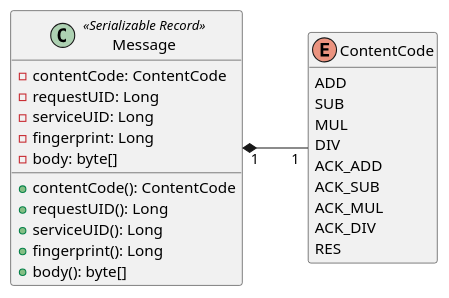
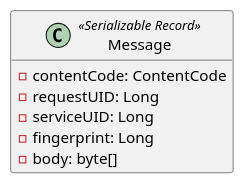
The diagram in docs/plantuml/message.puml (brunocu/adsoa-calculator), drawn with PlantUML before and after one commit. The commit also changed 3 other files, not shown here.

```diff
--- a/docs/plantuml/message.puml
+++ b/docs/plantuml/message.puml
@@ -1,32 +1,14 @@
 @startuml message
 'class diagram
 left to right direction
 skinparam linetype ortho
 
-enum ContentCode {
-  ADD
-  SUB
-  MUL
-  DIV
-  ACK_ADD
-  ACK_SUB
-  ACK_MUL
-  ACK_DIV
-  RES
-}
-hide ContentCode methods
 class Message <<Serializable Record>> {
   - contentCode: ContentCode
   - requestUID: Long
   - serviceUID: Long
   - fingerprint: Long
   - body: byte[]
-  + contentCode(): ContentCode
-  + requestUID(): Long
-  + serviceUID(): Long
-  + fingerprint(): Long
-  + body(): byte[]
 }
-
-Message     "1" *-- "1" ContentCode
+hide Message methods
 @enduml
```
